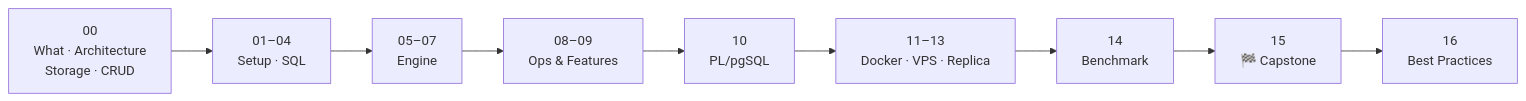
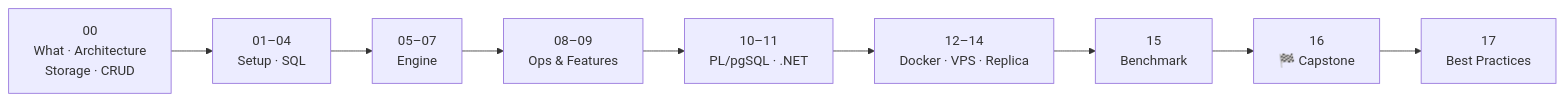
Before and after one commit to wesamkhateeb98-creator/postgresql-zero-to-hero: the first of 3 diagrams in README.md, drawn with Mermaid. The commit also changed other lines of this file and 57 other files, not shown here.

````diff
--- a/README.md
+++ b/README.md
@@ -7,5 +7,5 @@
 ```mermaid
 flowchart LR
     I["00<br/>What · Architecture<br/>Storage · CRUD"] --> A["01–04<br/>Setup · SQL"] --> B["05–07<br/>Engine"] --> C["08–09<br/>Ops & Features"]
-    C --> D["10<br/>PL/pgSQL"] --> D2["11–13<br/>Docker · VPS · Replica"] --> E["14<br/>Benchmark"] --> F["15<br/>🏁 Capstone"] --> G["16<br/>Best Practices"]
+    C --> D["10–11<br/>PL/pgSQL · .NET"] --> D2["12–14<br/>Docker · VPS · Replica"] --> E["15<br/>Benchmark"] --> F["16<br/>🏁 Capstone"] --> G["17<br/>Best Practices"]
 ```
````
